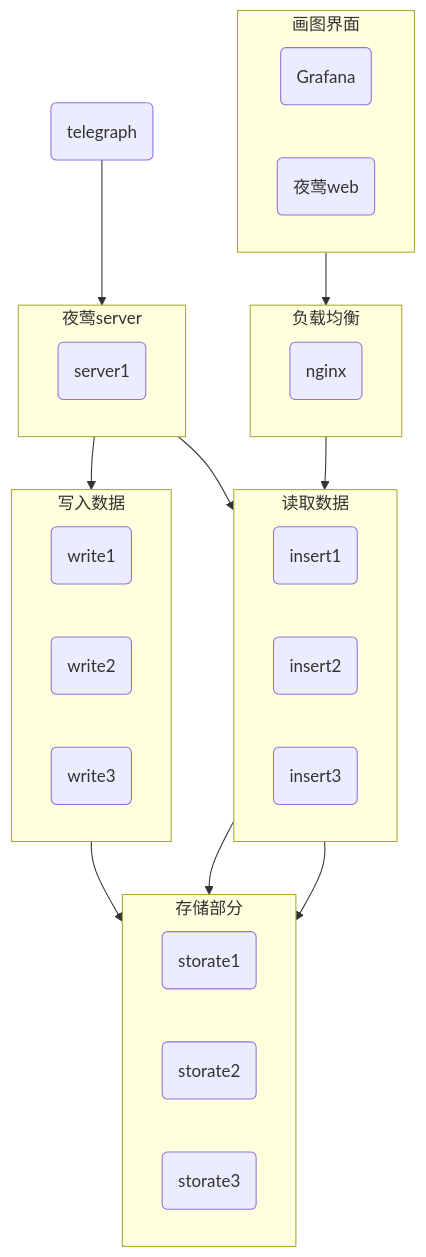
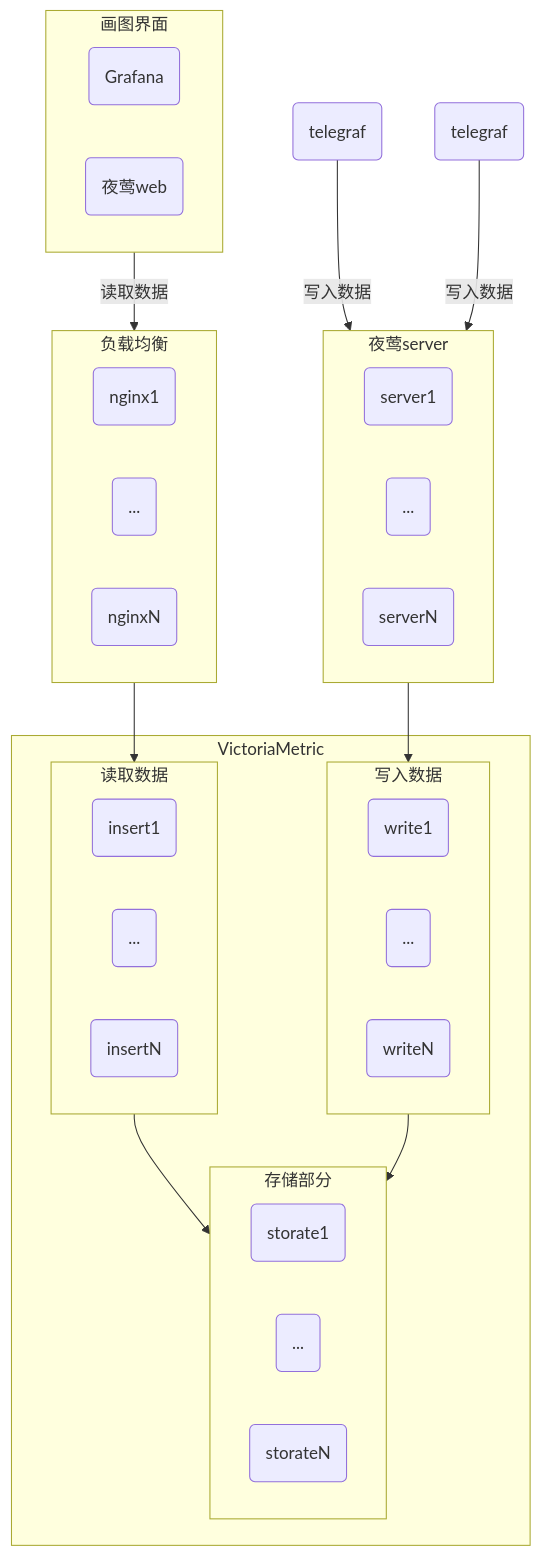
The first of 2 diagrams in 业务/夜莺v5+victoriaMetric/部署方案及问题.md (fgp1990/notebook), drawn with Mermaid before and after one commit. The commit also changed other lines of this file and 3 other files, not shown here.

````diff
--- a/业务/夜莺v5+victoriaMetric/部署方案及问题.md
+++ b/业务/夜莺v5+victoriaMetric/部署方案及问题.md
@@ -5,32 +5,42 @@
 ```mermaid
 flowchart TD
-A(telegraph)
+A(telegraf)
+B(telegraf)
 subgraph web [画图界面]
 G(Grafana)
 N(夜莺web)
 end
 subgraph sg_nginx [负载均衡]
-NGINX(nginx)
+NGINX(nginx1)
+NGINX1(...)
+NGINXN(nginxN)
 end
 subgraph sg_n9e [夜莺server]
 N9E(server1)
+N9E1(...)
+N9EN(serverN)
 end
-subgraph sg_victoria [存储部分]
+subgraph sg_storage [存储部分]
 S1(storate1)
-S2(storate2)
-S3(storate3)
+S2(...)
+S3(storateN)
 end
 subgraph sg_read [读取数据]
 I1(insert1)
-I2(insert2)
-I3(insert3)
+I2(...)
+I3(insertN)
 end
 subgraph sg_write [写入数据]
 W1(write1)
-W2(write2)
-W3(write3)
+W2(...)
+W3(writeN)
 end
-web-->sg_nginx-->sg_read-->sg_victoria
-A-->sg_n9e-->sg_write-->sg_victoria
-sg_n9e-->sg_read-->sg_victoria
+subgraph sg_victoria [VictoriaMetric]
+sg_read
+sg_write
+sg_storage
+end
+web--读取数据-->sg_nginx-->sg_read-->sg_storage
+A--写入数据-->sg_n9e-->sg_write-->sg_storage
+B--写入数据-->sg_n9e
 ```
````
